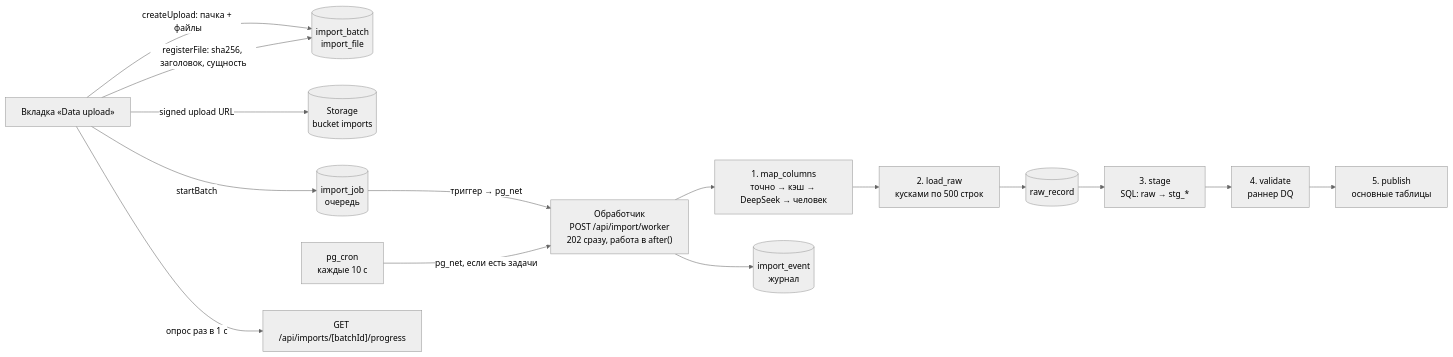
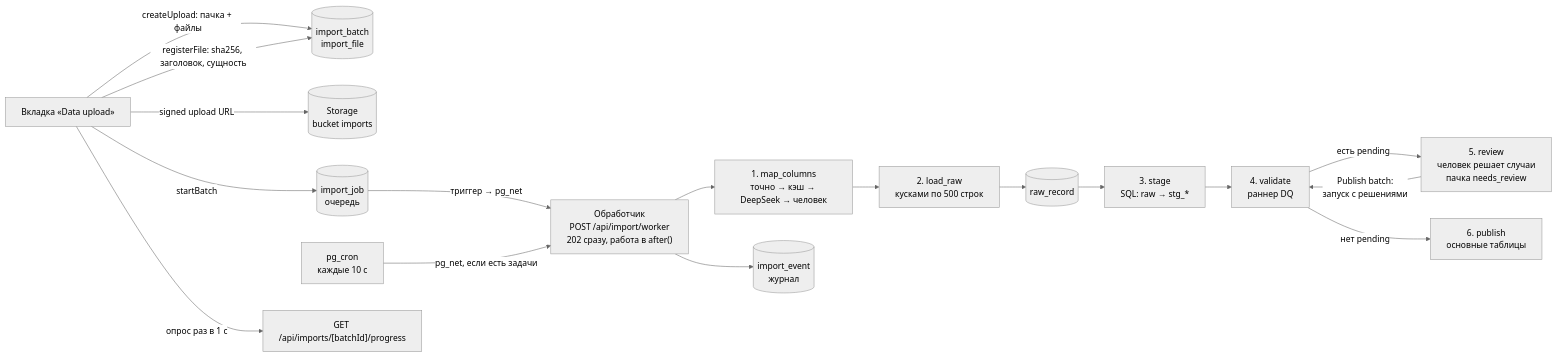
The diagram in docs/IMPORT_PLAN.md (ProjectINT/business-system), drawn with Mermaid (neutral theme) before and after one commit. The commit also changed other lines of this file and 3 other files, not shown here.

````diff
--- a/docs/IMPORT_PLAN.md
+++ b/docs/IMPORT_PLAN.md
@@ -18,17 +33,19 @@
 ```mermaid
 flowchart LR
   UI["Вкладка «Data upload»"] -->|"createUpload: пачка + файлы"| F[("import_batch<br/>import_file")]
   UI -->|"signed upload URL"| ST[("Storage<br/>bucket imports")]
   UI -->|"registerFile: sha256, заголовок, сущность"| F
   UI -->|"startBatch"| J[("import_job<br/>очередь")]
   J -->|"триггер → pg_net"| W["Обработчик<br/>POST /api/import/worker<br/>202 сразу, работа в after()"]
   CRON["pg_cron<br/>каждые 10 с"] -->|"pg_net, если есть задачи"| W
   W --> MAP["1. map_columns<br/>точно → кэш → DeepSeek → человек"]
   MAP --> RAW["2. load_raw<br/>кусками по 500 строк"]
   RAW --> RR[("raw_record")]
   RR --> STG["3. stage<br/>SQL: raw → stg_*"]
   STG --> VAL["4. validate<br/>раннер DQ"]
-  VAL --> PUB["5. publish<br/>основные таблицы"]
+  VAL -->|"есть pending"| REV["5. review<br/>человек решает случаи<br/>пачка needs_review"]
+  REV -->|"Publish batch:<br/>запуск с решениями"| VAL
+  VAL -->|"нет pending"| PUB["6. publish<br/>основные таблицы"]
   W --> EV[("import_event<br/>журнал")]
   UI -->|"опрос раз в 1 с"| P["GET /api/imports/[batchId]/progress"]
 ```
````
